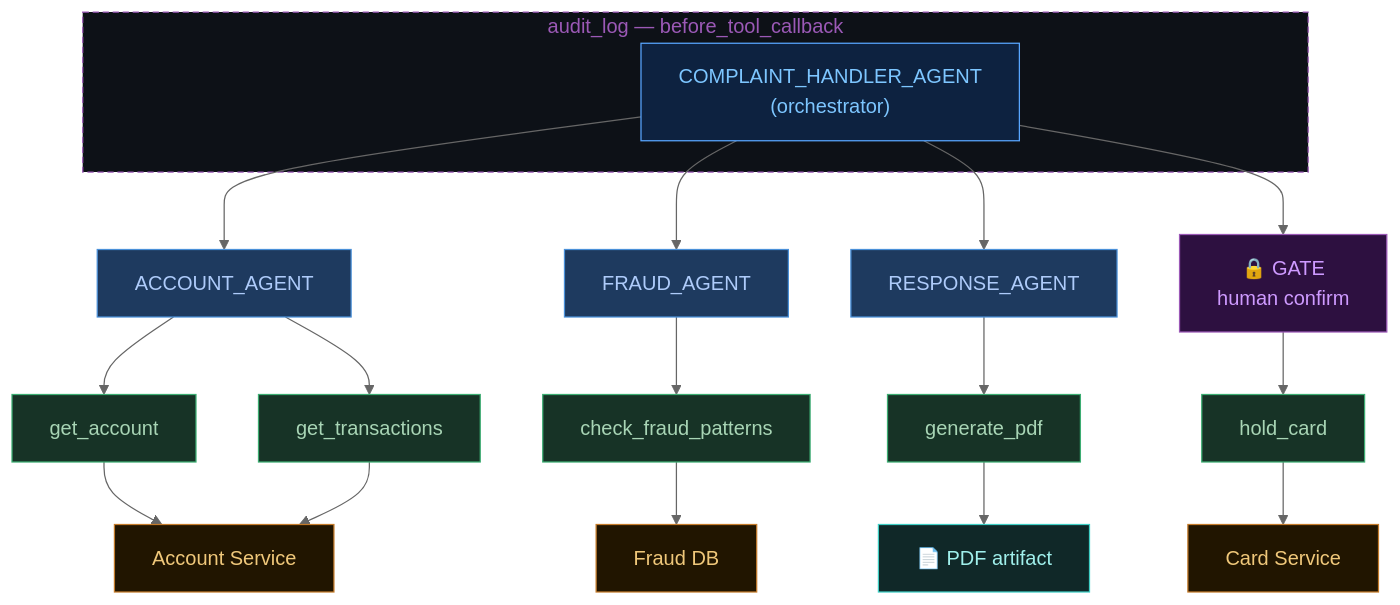
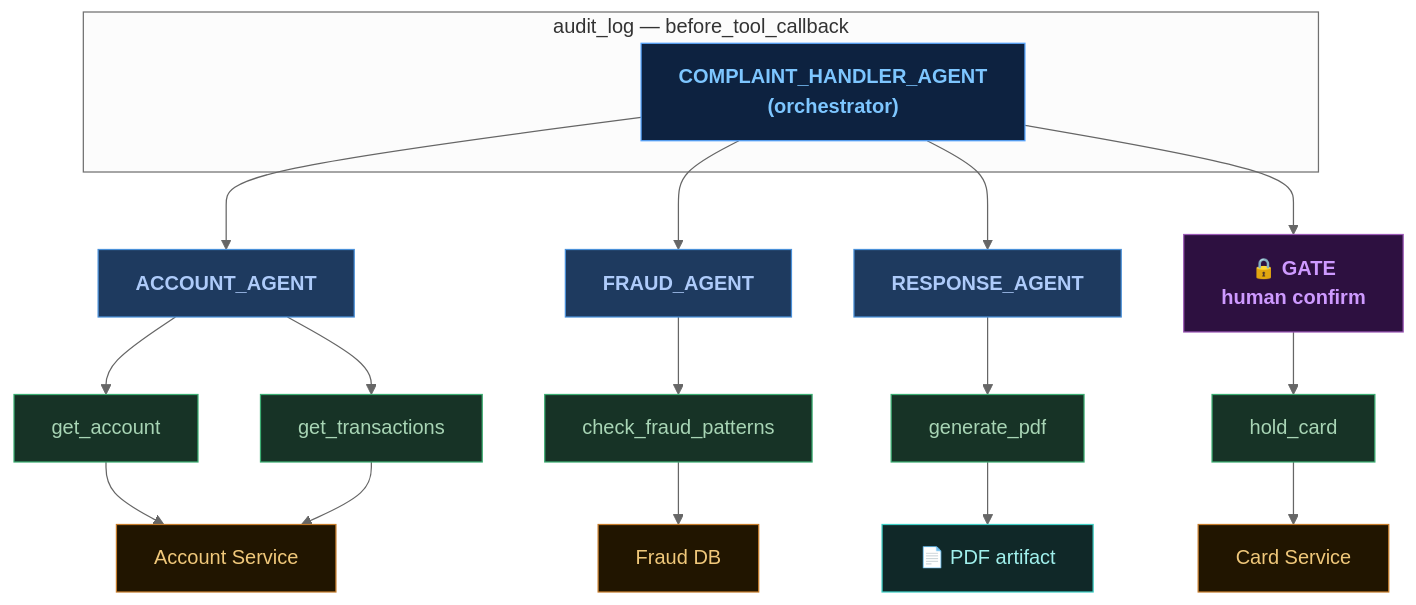
One commit to jaszczook/your-next-feature-might-need-an-agent changed the third of 6 diagrams in slides/section4.md. Above: the diagram before and after it, drawn with Mermaid (neutral theme). The commit also changed other lines of this file and 7 other files, not shown here.

````diff
--- a/slides/section4.md
+++ b/slides/section4.md
@@ -104,27 +118,39 @@
 ```mermaid
 flowchart TD
-  classDef orch fill:#0d2240,stroke:#58a6ff,color:#7dc6ff
-  classDef agent fill:#1e3a5f,stroke:#4a90d9,color:#aecbfa
-  classDef tool fill:#173326,stroke:#3cad72,color:#a8d5b5
-  classDef svc fill:#211500,stroke:#c47b2a,color:#f0c87a
-  classDef art fill:#102828,stroke:#3ecec4,color:#a0f0ec
-  classDef gate fill:#2d1040,stroke:#9b59b6,color:#ce9aff
+    subgraph audit["audit_log — before_tool_callback"]
+        ORCH["COMPLAINT_HANDLER_AGENT\n(orchestrator)"]:::orch
+    end
 
-  subgraph cb["audit_log — before_tool_callback"]
-    CHA["COMPLAINT_HANDLER_AGENT\n(orchestrator)"]:::orch
-  end
-  style cb fill:#0d1117,stroke:#9b59b6,stroke-dasharray:5 3,color:#9b59b6
-  CHA --> AA["ACCOUNT_AGENT"]:::agent
-  CHA --> FA["FRAUD_AGENT"]:::agent
-  CHA --> RA["RESPONSE_AGENT"]:::agent
-  CHA --> GATE["🔒 GATE\nhuman confirm"]:::gate
-  GATE --> hc["hold_card"]:::tool
-  AA --> ga["get_account"]:::tool
-  AA --> gt["get_transactions"]:::tool
-  FA --> cf["check_fraud_patterns"]:::tool
-  RA --> gp["generate_pdf"]:::tool
-  ga & gt --> as["Account Service"]:::svc
-  cf --> fd["Fraud DB"]:::svc
-  gp --> pa["📄 PDF artifact"]:::art
-  hc --> cs["Card Service"]:::svc
+    GATE["🔒 GATE\nhuman confirm"]:::gate
+    AA["ACCOUNT_AGENT"]:::agent
+    FA["FRAUD_AGENT"]:::agent
+    RA["RESPONSE_AGENT"]:::agent
+    HC["hold_card"]:::tool
+
+    GA["get_account"]:::tool
+    GT["get_transactions"]:::tool
+    CFP["check_fraud_patterns"]:::tool
+    GPDF["generate_pdf"]:::tool
+
+    AS["Account Service"]:::svc
+    FDB["Fraud DB"]:::svc
+    PDF["📄 PDF artifact"]:::artifact
+    CS["Card Service"]:::svc
+
+    ORCH --> AA & FA & RA
+    ORCH --> GATE --> HC
+    AA --> GA & GT
+    FA --> CFP
+    RA --> GPDF
+    GA & GT --> AS
+    CFP --> FDB
+    GPDF --> PDF
+    HC --> CS
+
+    classDef orch fill:#0d2240,stroke:#58a6ff,color:#7dc6ff,font-weight:700
+    classDef agent fill:#1e3a5f,stroke:#4a90d9,color:#aecbfa,font-weight:600
+    classDef tool fill:#173326,stroke:#3cad72,color:#a8d5b5
+    classDef svc fill:#211500,stroke:#c47b2a,color:#f0c87a
+    classDef artifact fill:#102828,stroke:#3ecec4,color:#a0f0ec
+    classDef gate fill:#2d1040,stroke:#9b59b6,color:#ce9aff,font-weight:700
 ```
````
